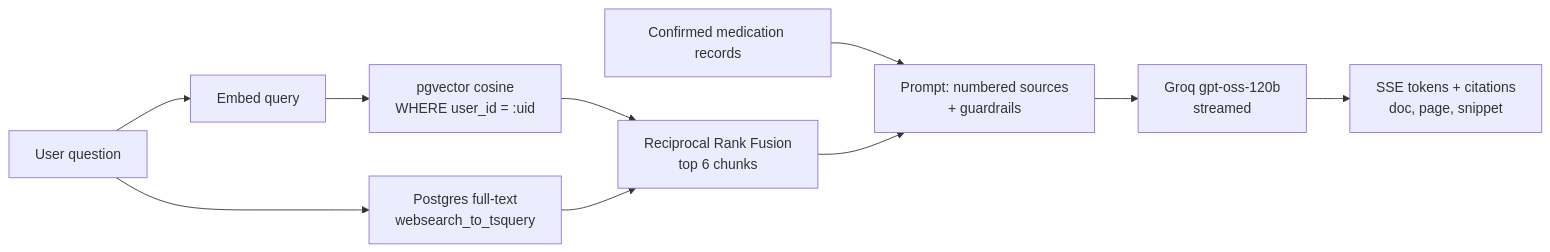
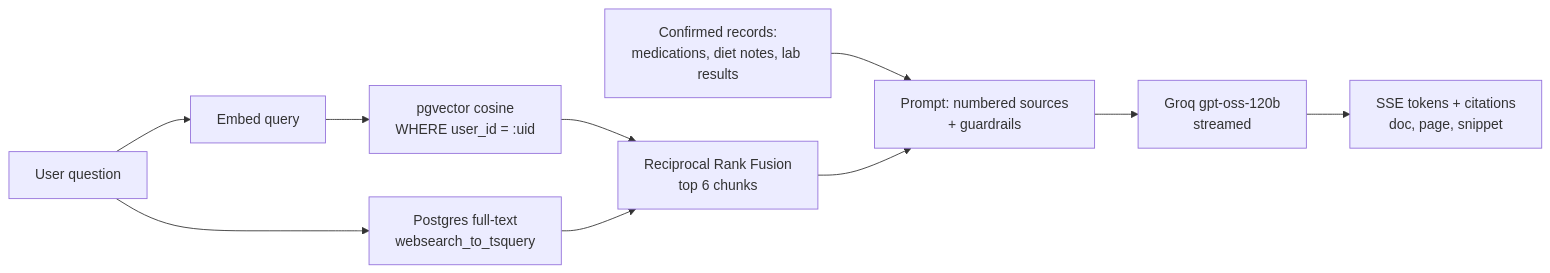
One commit to SriramWorkSpace/MedSpace-Healthcare changed the third of 4 diagrams in docs/architecture.md. Above: the diagram before and after it, drawn with Mermaid. The commit also changed other lines of this file and 53 other files, not shown here.

First line of the commit message:
feat: lab results with trends, flagged only against the printed range

````diff
--- a/docs/architecture.md
+++ b/docs/architecture.md
@@ -182,12 +183,12 @@
 ```mermaid
 flowchart LR
   Q[User question] --> E[Embed query]
   Q --> FT[Postgres full-text<br/>websearch_to_tsquery]
   E --> V[pgvector cosine<br/>WHERE user_id = :uid]
   V --> RRF[Reciprocal Rank Fusion<br/>top 6 chunks]
   FT --> RRF
-  CR[Confirmed medication records] --> P
+  CR[Confirmed records:<br/>medications, diet notes, lab results] --> P
   RRF --> P[Prompt: numbered sources<br/>+ guardrails]
   P --> LLM[Groq gpt-oss-120b<br/>streamed]
   LLM --> SSE[SSE tokens + citations<br/>doc, page, snippet]
 ```
````
